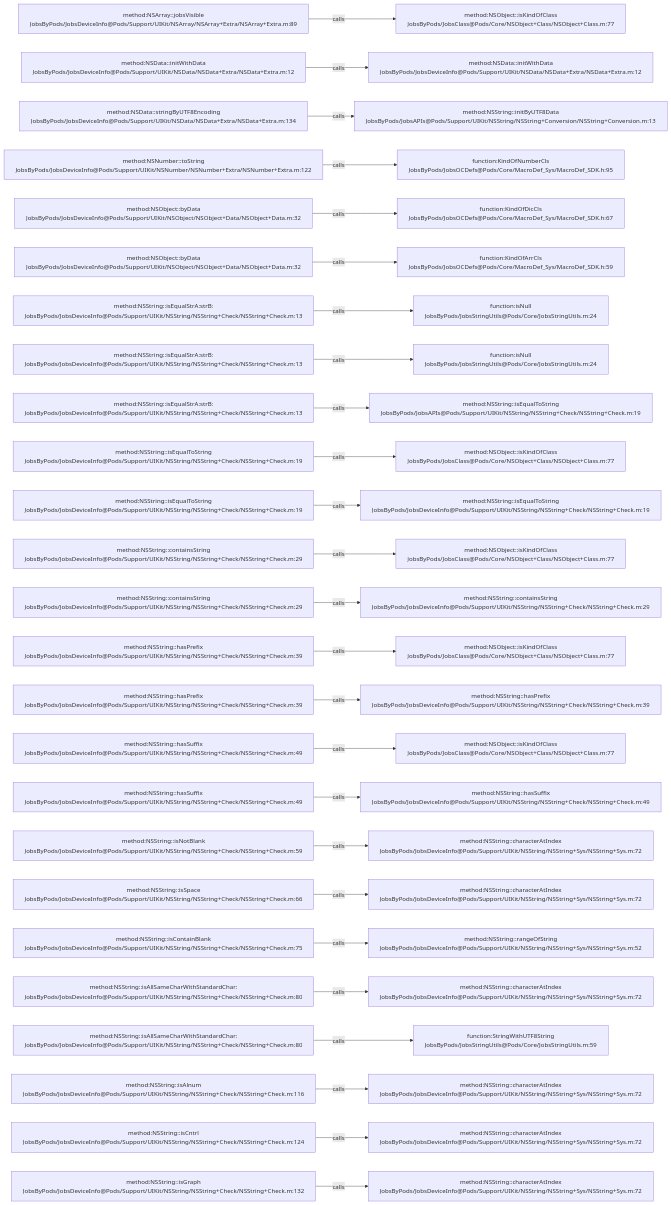
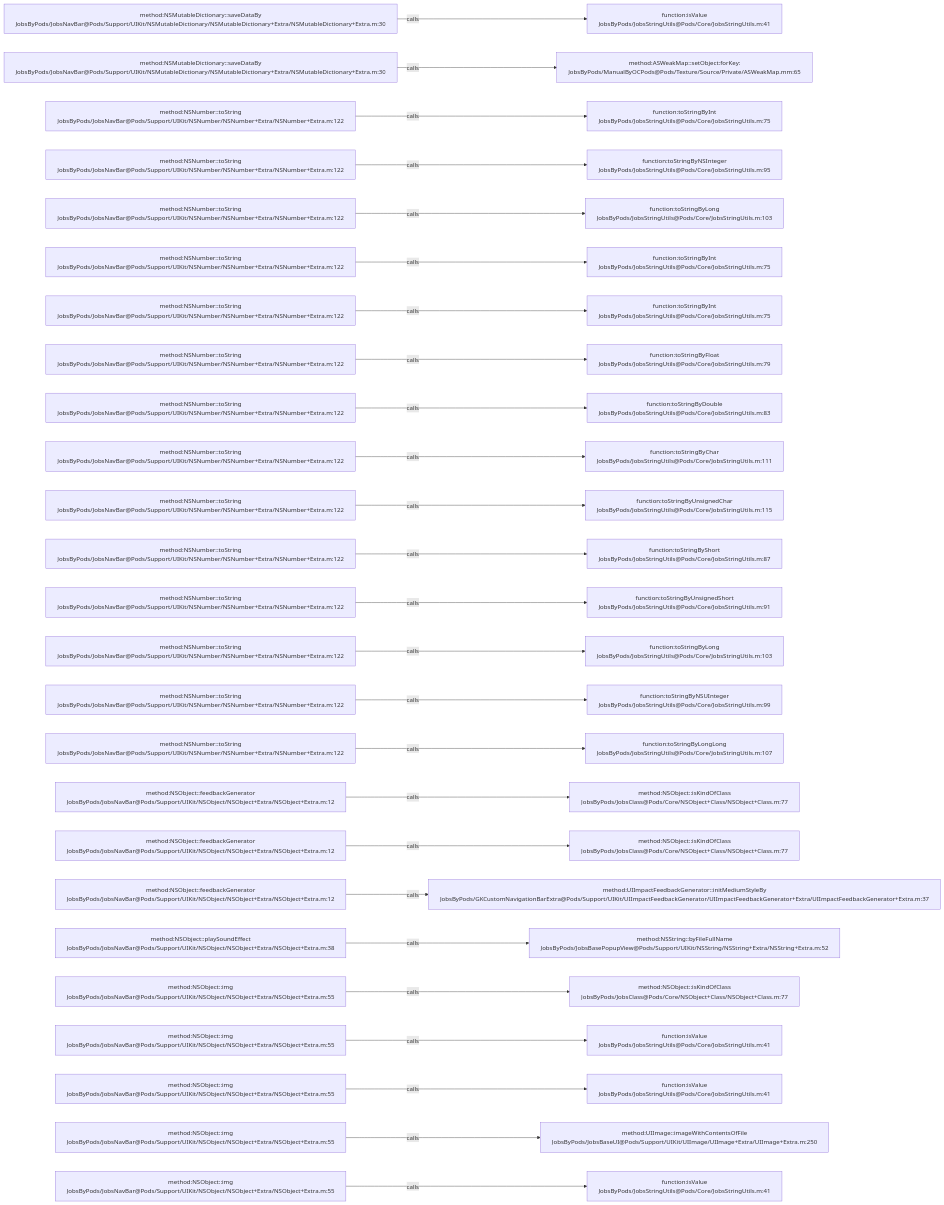
The diagram in .codegraph/codegraph.md/graphs/calls-117.md (JobsKits/JobsOCBaseConfigDemo), drawn with Mermaid before and after one commit. The commit also changed 1026 other files, not shown here.

````diff
--- a/.codegraph/codegraph.md/graphs/calls-117.md
+++ b/.codegraph/codegraph.md/graphs/calls-117.md
@@ -13,78 +13,78 @@
 ```mermaid
 flowchart LR
-  S1["method:NSArray::jobsVisible<br/>JobsByPods/JobsDeviceInfo@Pods/Support/UIKit/NSArray/NSArray+Extra/NSArray+Extra.m:89"]
-  T1["method:NSObject::isKindOfClass<br/>JobsByPods/JobsClass@Pods/Core/NSObject+Class/NSObject+Class.m:77"]
+  S1["method:NSMutableDictionary::saveDataBy<br/>JobsByPods/JobsNavBar@Pods/Support/UIKit/NSMutableDictionary/NSMutableDictionary+Extra/NSMutableDictionary+Extra.m:30"]
+  T1["function:isValue<br/>JobsByPods/JobsStringUtils@Pods/Core/JobsStringUtils.m:41"]
   S1 -->|calls| T1
-  S2["method:NSData::initWithData<br/>JobsByPods/JobsDeviceInfo@Pods/Support/UIKit/NSData/NSData+Extra/NSData+Extra.m:12"]
-  T2["method:NSData::initWithData<br/>JobsByPods/JobsDeviceInfo@Pods/Support/UIKit/NSData/NSData+Extra/NSData+Extra.m:12"]
+  S2["method:NSMutableDictionary::saveDataBy<br/>JobsByPods/JobsNavBar@Pods/Support/UIKit/NSMutableDictionary/NSMutableDictionary+Extra/NSMutableDictionary+Extra.m:30"]
+  T2["method:ASWeakMap::setObject:forKey:<br/>JobsByPods/ManualByOCPods@Pods/Texture/Source/Private/ASWeakMap.mm:65"]
   S2 -->|calls| T2
-  S3["method:NSData::stringByUTF8Encoding<br/>JobsByPods/JobsDeviceInfo@Pods/Support/UIKit/NSData/NSData+Extra/NSData+Extra.m:134"]
-  T3["method:NSString::initByUTF8Data<br/>JobsByPods/JobsAPIs@Pods/Support/UIKit/NSString/NSString+Conversion/NSString+Conversion.m:13"]
+  S3["method:NSNumber::toString<br/>JobsByPods/JobsNavBar@Pods/Support/UIKit/NSNumber/NSNumber+Extra/NSNumber+Extra.m:122"]
+  T3["function:toStringByInt<br/>JobsByPods/JobsStringUtils@Pods/Core/JobsStringUtils.m:75"]
   S3 -->|calls| T3
-  S4["method:NSNumber::toString<br/>JobsByPods/JobsDeviceInfo@Pods/Support/UIKit/NSNumber/NSNumber+Extra/NSNumber+Extra.m:122"]
-  T4["function:KindOfNumberCls<br/>JobsByPods/JobsOCDefs@Pods/Core/MacroDef_Sys/MacroDef_SDK.h:95"]
+  S4["method:NSNumber::toString<br/>JobsByPods/JobsNavBar@Pods/Support/UIKit/NSNumber/NSNumber+Extra/NSNumber+Extra.m:122"]
+  T4["function:toStringByNSInteger<br/>JobsByPods/JobsStringUtils@Pods/Core/JobsStringUtils.m:95"]
   S4 -->|calls| T4
-  S5["method:NSObject::byData<br/>JobsByPods/JobsDeviceInfo@Pods/Support/UIKit/NSObject/NSObject+Data/NSObject+Data.m:32"]
-  T5["function:KindOfDicCls<br/>JobsByPods/JobsOCDefs@Pods/Core/MacroDef_Sys/MacroDef_SDK.h:67"]
+  S5["method:NSNumber::toString<br/>JobsByPods/JobsNavBar@Pods/Support/UIKit/NSNumber/NSNumber+Extra/NSNumber+Extra.m:122"]
+  T5["function:toStringByLong<br/>JobsByPods/JobsStringUtils@Pods/Core/JobsStringUtils.m:103"]
   S5 -->|calls| T5
-  S6["method:NSObject::byData<br/>JobsByPods/JobsDeviceInfo@Pods/Support/UIKit/NSObject/NSObject+Data/NSObject+Data.m:32"]
-  T6["function:KindOfArrCls<br/>JobsByPods/JobsOCDefs@Pods/Core/MacroDef_Sys/MacroDef_SDK.h:59"]
+  S6["method:NSNumber::toString<br/>JobsByPods/JobsNavBar@Pods/Support/UIKit/NSNumber/NSNumber+Extra/NSNumber+Extra.m:122"]
+  T6["function:toStringByInt<br/>JobsByPods/JobsStringUtils@Pods/Core/JobsStringUtils.m:75"]
   S6 -->|calls| T6
-  S7["method:NSString::isEqualStrA:strB:<br/>JobsByPods/JobsDeviceInfo@Pods/Support/UIKit/NSString/NSString+Check/NSString+Check.m:13"]
-  T7["function:isNull<br/>JobsByPods/JobsStringUtils@Pods/Core/JobsStringUtils.m:24"]
+  S7["method:NSNumber::toString<br/>JobsByPods/JobsNavBar@Pods/Support/UIKit/NSNumber/NSNumber+Extra/NSNumber+Extra.m:122"]
+  T7["function:toStringByInt<br/>JobsByPods/JobsStringUtils@Pods/Core/JobsStringUtils.m:75"]
   S7 -->|calls| T7
-  S8["method:NSString::isEqualStrA:strB:<br/>JobsByPods/JobsDeviceInfo@Pods/Support/UIKit/NSString/NSString+Check/NSString+Check.m:13"]
-  T8["function:isNull<br/>JobsByPods/JobsStringUtils@Pods/Core/JobsStringUtils.m:24"]
+  S8["method:NSNumber::toString<br/>JobsByPods/JobsNavBar@Pods/Support/UIKit/NSNumber/NSNumber+Extra/NSNumber+Extra.m:122"]
+  T8["function:toStringByFloat<br/>JobsByPods/JobsStringUtils@Pods/Core/JobsStringUtils.m:79"]
   S8 -->|calls| T8
-  S9["method:NSString::isEqualStrA:strB:<br/>JobsByPods/JobsDeviceInfo@Pods/Support/UIKit/NSString/NSString+Check/NSString+Check.m:13"]
-  T9["method:NSString::isEqualToString<br/>JobsByPods/JobsAPIs@Pods/Support/UIKit/NSString/NSString+Check/NSString+Check.m:19"]
+  S9["method:NSNumber::toString<br/>JobsByPods/JobsNavBar@Pods/Support/UIKit/NSNumber/NSNumber+Extra/NSNumber+Extra.m:122"]
+  T9["function:toStringByDouble<br/>JobsByPods/JobsStringUtils@Pods/Core/JobsStringUtils.m:83"]
   S9 -->|calls| T9
-  S10["method:NSString::isEqualToString<br/>JobsByPods/JobsDeviceInfo@Pods/Support/UIKit/NSString/NSString+Check/NSString+Check.m:19"]
-  T10["method:NSObject::isKindOfClass<br/>JobsByPods/JobsClass@Pods/Core/NSObject+Class/NSObject+Class.m:77"]
+  S10["method:NSNumber::toString<br/>JobsByPods/JobsNavBar@Pods/Support/UIKit/NSNumber/NSNumber+Extra/NSNumber+Extra.m:122"]
+  T10["function:toStringByChar<br/>JobsByPods/JobsStringUtils@Pods/Core/JobsStringUtils.m:111"]
   S10 -->|calls| T10
-  S11["method:NSString::isEqualToString<br/>JobsByPods/JobsDeviceInfo@Pods/Support/UIKit/NSString/NSString+Check/NSString+Check.m:19"]
-  T11["method:NSString::isEqualToString<br/>JobsByPods/JobsDeviceInfo@Pods/Support/UIKit/NSString/NSString+Check/NSString+Check.m:19"]
+  S11["method:NSNumber::toString<br/>JobsByPods/JobsNavBar@Pods/Support/UIKit/NSNumber/NSNumber+Extra/NSNumber+Extra.m:122"]
+  T11["function:toStringByUnsignedChar<br/>JobsByPods/JobsStringUtils@Pods/Core/JobsStringUtils.m:115"]
   S11 -->|calls| T11
-  S12["method:NSString::containsString<br/>JobsByPods/JobsDeviceInfo@Pods/Support/UIKit/NSString/NSString+Check/NSString+Check.m:29"]
-  T12["method:NSObject::isKindOfClass<br/>JobsByPods/JobsClass@Pods/Core/NSObject+Class/NSObject+Class.m:77"]
+  S12["method:NSNumber::toString<br/>JobsByPods/JobsNavBar@Pods/Support/UIKit/NSNumber/NSNumber+Extra/NSNumber+Extra.m:122"]
+  T12["function:toStringByShort<br/>JobsByPods/JobsStringUtils@Pods/Core/JobsStringUtils.m:87"]
   S12 -->|calls| T12
-  S13["method:NSString::containsString<br/>JobsByPods/JobsDeviceInfo@Pods/Support/UIKit/NSString/NSString+Check/NSString+Check.m:29"]
-  T13["method:NSString::containsString<br/>JobsByPods/JobsDeviceInfo@Pods/Support/UIKit/NSString/NSString+Check/NSString+Check.m:29"]
+  S13["method:NSNumber::toString<br/>JobsByPods/JobsNavBar@Pods/Support/UIKit/NSNumber/NSNumber+Extra/NSNumber+Extra.m:122"]
+  T13["function:toStringByUnsignedShort<br/>JobsByPods/JobsStringUtils@Pods/Core/JobsStringUtils.m:91"]
   S13 -->|calls| T13
-  S14["method:NSString::hasPrefix<br/>JobsByPods/JobsDeviceInfo@Pods/Support/UIKit/NSString/NSString+Check/NSString+Check.m:39"]
-  T14["method:NSObject::isKindOfClass<br/>JobsByPods/JobsClass@Pods/Core/NSObject+Class/NSObject+Class.m:77"]
+  S14["method:NSNumber::toString<br/>JobsByPods/JobsNavBar@Pods/Support/UIKit/NSNumber/NSNumber+Extra/NSNumber+Extra.m:122"]
+  T14["function:toStringByLong<br/>JobsByPods/JobsStringUtils@Pods/Core/JobsStringUtils.m:103"]
   S14 -->|calls| T14
-  S15["method:NSString::hasPrefix<br/>JobsByPods/JobsDeviceInfo@Pods/Support/UIKit/NSString/NSString+Check/NSString+Check.m:39"]
-  T15["method:NSString::hasPrefix<br/>JobsByPods/JobsDeviceInfo@Pods/Support/UIKit/NSString/NSString+Check/NSString+Check.m:39"]
+  S15["method:NSNumber::toString<br/>JobsByPods/JobsNavBar@Pods/Support/UIKit/NSNumber/NSNumber+Extra/NSNumber+Extra.m:122"]
+  T15["function:toStringByNSUInteger<br/>JobsByPods/JobsStringUtils@Pods/Core/JobsStringUtils.m:99"]
   S15 -->|calls| T15
-  S16["method:NSString::hasSuffix<br/>JobsByPods/JobsDeviceInfo@Pods/Support/UIKit/NSString/NSString+Check/NSString+Check.m:49"]
-  T16["method:NSObject::isKindOfClass<br/>JobsByPods/JobsClass@Pods/Core/NSObject+Class/NSObject+Class.m:77"]
+  S16["method:NSNumber::toString<br/>JobsByPods/JobsNavBar@Pods/Support/UIKit/NSNumber/NSNumber+Extra/NSNumber+Extra.m:122"]
+  T16["function:toStringByLongLong<br/>JobsByPods/JobsStringUtils@Pods/Core/JobsStringUtils.m:107"]
   S16 -->|calls| T16
-  S17["method:NSString::hasSuffix<br/>JobsByPods/JobsDeviceInfo@Pods/Support/UIKit/NSString/NSString+Check/NSString+Check.m:49"]
-  T17["method:NSString::hasSuffix<br/>JobsByPods/JobsDeviceInfo@Pods/Support/UIKit/NSString/NSString+Check/NSString+Check.m:49"]
+  S17["method:NSObject::feedbackGenerator<br/>JobsByPods/JobsNavBar@Pods/Support/UIKit/NSObject/NSObject+Extra/NSObject+Extra.m:12"]
+  T17["method:NSObject::isKindOfClass<br/>JobsByPods/JobsClass@Pods/Core/NSObject+Class/NSObject+Class.m:77"]
   S17 -->|calls| T17
-  S18["method:NSString::isNotBlank<br/>JobsByPods/JobsDeviceInfo@Pods/Support/UIKit/NSString/NSString+Check/NSString+Check.m:59"]
-  T18["method:NSString::characterAtIndex<br/>JobsByPods/JobsDeviceInfo@Pods/Support/UIKit/NSString/NSString+Sys/NSString+Sys.m:72"]
+  S18["method:NSObject::feedbackGenerator<br/>JobsByPods/JobsNavBar@Pods/Support/UIKit/NSObject/NSObject+Extra/NSObject+Extra.m:12"]
+  T18["method:NSObject::isKindOfClass<br/>JobsByPods/JobsClass@Pods/Core/NSObject+Class/NSObject+Class.m:77"]
   S18 -->|calls| T18
-  S19["method:NSString::isSpace<br/>JobsByPods/JobsDeviceInfo@Pods/Support/UIKit/NSString/NSString+Check/NSString+Check.m:66"]
-  T19["method:NSString::characterAtIndex<br/>JobsByPods/JobsDeviceInfo@Pods/Support/UIKit/NSString/NSString+Sys/NSString+Sys.m:72"]
+  S19["method:NSObject::feedbackGenerator<br/>JobsByPods/JobsNavBar@Pods/Support/UIKit/NSObject/NSObject+Extra/NSObject+Extra.m:12"]
+  T19["method:UIImpactFeedbackGenerator::initMediumStyleBy<br/>JobsByPods/GKCustomNavigationBarExtra@Pods/Support/UIKit/UIImpactFeedbackGenerator/UIImpactFeedbackGenerator+Extra/UIImpactFeedbackGenerator+Extra.m:37"]
   S19 -->|calls| T19
-  S20["method:NSString::isContainBlank<br/>JobsByPods/JobsDeviceInfo@Pods/Support/UIKit/NSString/NSString+Check/NSString+Check.m:75"]
-  T20["method:NSString::rangeOfString<br/>JobsByPods/JobsDeviceInfo@Pods/Support/UIKit/NSString/NSString+Sys/NSString+Sys.m:52"]
+  S20["method:NSObject::playSoundEffect<br/>JobsByPods/JobsNavBar@Pods/Support/UIKit/NSObject/NSObject+Extra/NSObject+Extra.m:38"]
+  T20["method:NSString::byFileFullName<br/>JobsByPods/JobsBasePopupView@Pods/Support/UIKit/NSString/NSString+Extra/NSString+Extra.m:52"]
   S20 -->|calls| T20
-  S21["method:NSString::isAllSameCharWithStandardChar:<br/>JobsByPods/JobsDeviceInfo@Pods/Support/UIKit/NSString/NSString+Check/NSString+Check.m:80"]
-  T21["method:NSString::characterAtIndex<br/>JobsByPods/JobsDeviceInfo@Pods/Support/UIKit/NSString/NSString+Sys/NSString+Sys.m:72"]
+  S21["method:NSObject::img<br/>JobsByPods/JobsNavBar@Pods/Support/UIKit/NSObject/NSObject+Extra/NSObject+Extra.m:55"]
+  T21["method:NSObject::isKindOfClass<br/>JobsByPods/JobsClass@Pods/Core/NSObject+Class/NSObject+Class.m:77"]
   S21 -->|calls| T21
-  S22["method:NSString::isAllSameCharWithStandardChar:<br/>JobsByPods/JobsDeviceInfo@Pods/Support/UIKit/NSString/NSString+Check/NSString+Check.m:80"]
-  T22["function:StringWithUTF8String<br/>JobsByPods/JobsStringUtils@Pods/Core/JobsStringUtils.m:59"]
+  S22["method:NSObject::img<br/>JobsByPods/JobsNavBar@Pods/Support/UIKit/NSObject/NSObject+Extra/NSObject+Extra.m:55"]
+  T22["function:isValue<br/>JobsByPods/JobsStringUtils@Pods/Core/JobsStringUtils.m:41"]
   S22 -->|calls| T22
-  S23["method:NSString::isAlnum<br/>JobsByPods/JobsDeviceInfo@Pods/Support/UIKit/NSString/NSString+Check/NSString+Check.m:116"]
-  T23["method:NSString::characterAtIndex<br/>JobsByPods/JobsDeviceInfo@Pods/Support/UIKit/NSString/NSString+Sys/NSString+Sys.m:72"]
+  S23["method:NSObject::img<br/>JobsByPods/JobsNavBar@Pods/Support/UIKit/NSObject/NSObject+Extra/NSObject+Extra.m:55"]
+  T23["function:isValue<br/>JobsByPods/JobsStringUtils@Pods/Core/JobsStringUtils.m:41"]
   S23 -->|calls| T23
-  S24["method:NSString::isCntrl<br/>JobsByPods/JobsDeviceInfo@Pods/Support/UIKit/NSString/NSString+Check/NSString+Check.m:124"]
-  T24["method:NSString::characterAtIndex<br/>JobsByPods/JobsDeviceInfo@Pods/Support/UIKit/NSString/NSString+Sys/NSString+Sys.m:72"]
+  S24["method:NSObject::img<br/>JobsByPods/JobsNavBar@Pods/Support/UIKit/NSObject/NSObject+Extra/NSObject+Extra.m:55"]
+  T24["method:UIImage::imageWithContentsOfFile<br/>JobsByPods/JobsBaseUI@Pods/Support/UIKit/UIImage/UIImage+Extra/UIImage+Extra.m:250"]
   S24 -->|calls| T24
-  S25["method:NSString::isGraph<br/>JobsByPods/JobsDeviceInfo@Pods/Support/UIKit/NSString/NSString+Check/NSString+Check.m:132"]
-  T25["method:NSString::characterAtIndex<br/>JobsByPods/JobsDeviceInfo@Pods/Support/UIKit/NSString/NSString+Sys/NSString+Sys.m:72"]
+  S25["method:NSObject::img<br/>JobsByPods/JobsNavBar@Pods/Support/UIKit/NSObject/NSObject+Extra/NSObject+Extra.m:55"]
+  T25["function:isValue<br/>JobsByPods/JobsStringUtils@Pods/Core/JobsStringUtils.m:41"]
   S25 -->|calls| T25
 ```
````
